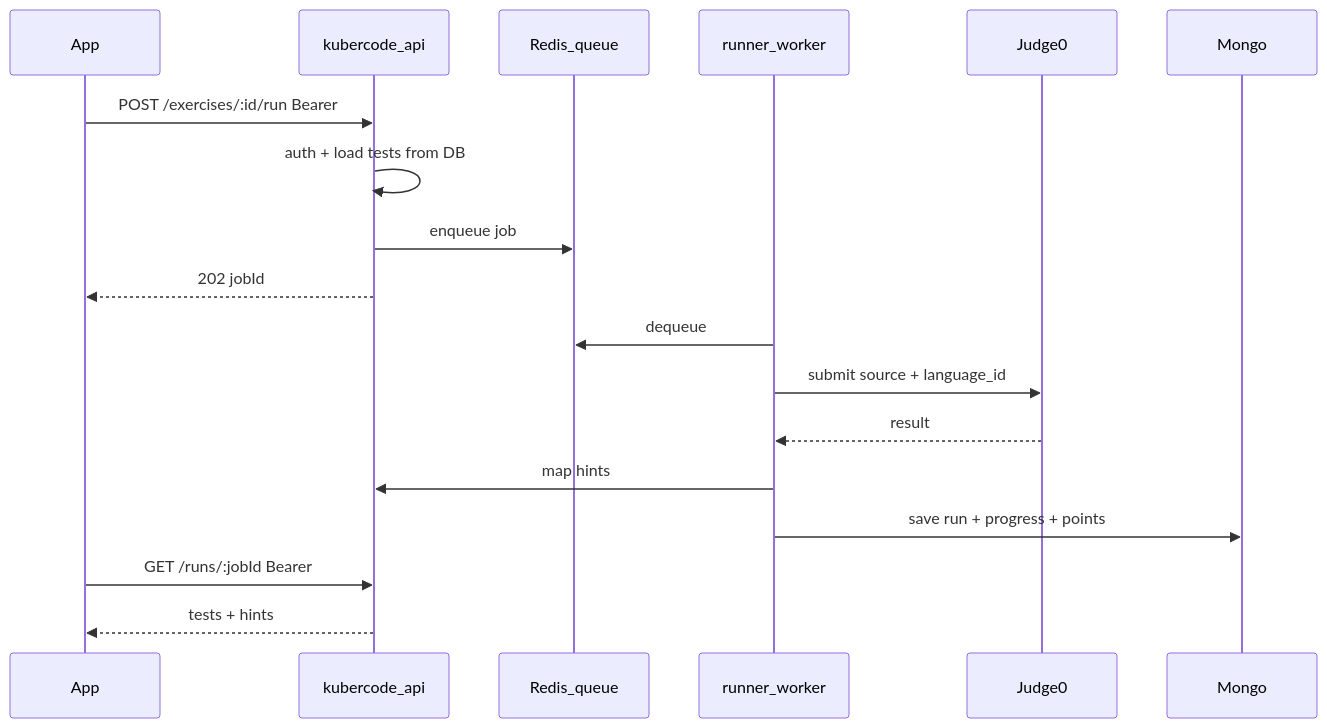
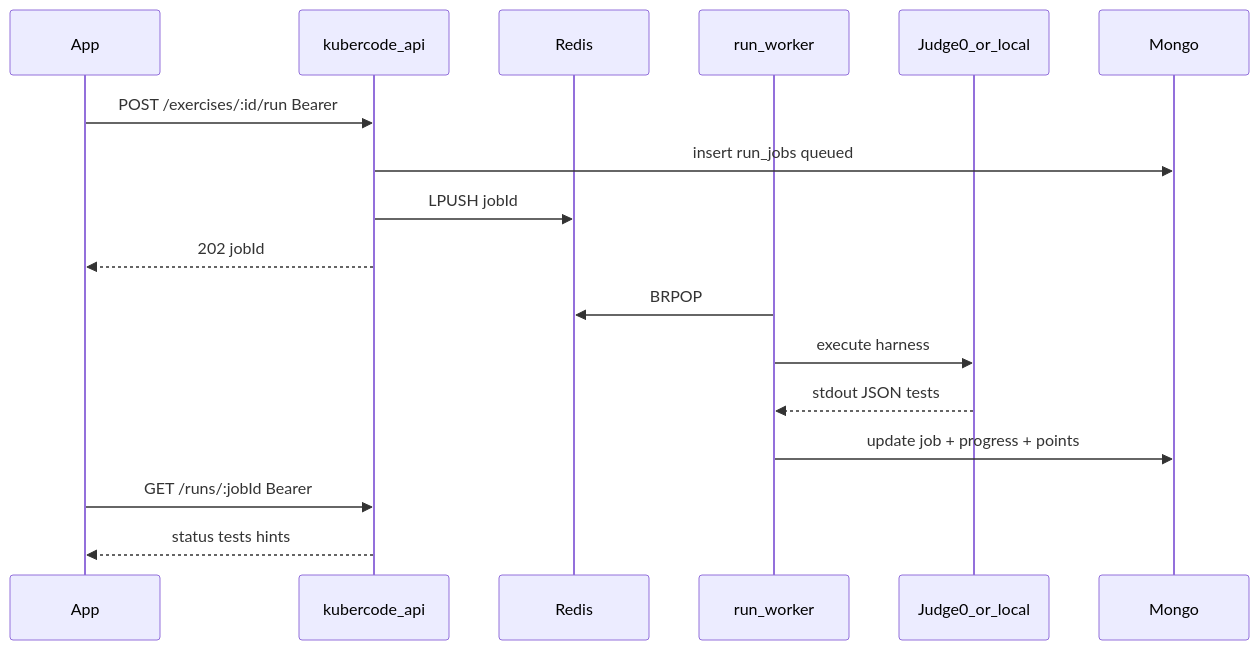
One commit to Muniabi/KuberCode-monorepo changed the diagram in docs/phase-b-sandbox.md. Above: the diagram before and after it, drawn with Mermaid. The commit also changed other lines of this file, not shown here.

First line of the commit message:
Advance Phase B sandbox docs and nested API/app pointers.

````diff
--- a/docs/phase-b-sandbox.md
+++ b/docs/phase-b-sandbox.md
@@ -27,20 +22,19 @@
 ```mermaid
 sequenceDiagram
   participant App
   participant API as kubercode_api
-  participant Q as Redis_queue
-  participant W as runner_worker
-  participant J0 as Judge0
+  participant Q as Redis
+  participant W as run_worker
+  participant J0 as Judge0_or_local
   participant DB as Mongo
   App->>API: POST /exercises/:id/run Bearer
-  API->>API: auth + load tests from DB
-  API->>Q: enqueue job
+  API->>DB: insert run_jobs queued
+  API->>Q: LPUSH jobId
   API-->>App: 202 jobId
-  W->>Q: dequeue
-  W->>J0: submit source + language_id
-  J0-->>W: result
-  W->>API: map hints
-  W->>DB: save run + progress + points
+  W->>Q: BRPOP
+  W->>J0: execute harness
+  J0-->>W: stdout JSON tests
+  W->>DB: update job + progress + points
   App->>API: GET /runs/:jobId Bearer
-  API-->>App: tests + hints
+  API-->>App: status tests hints
 ```
````
